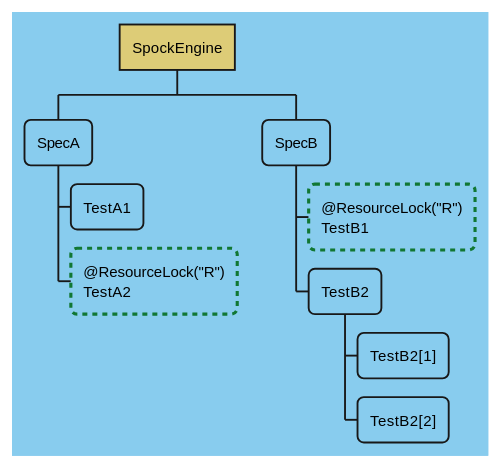
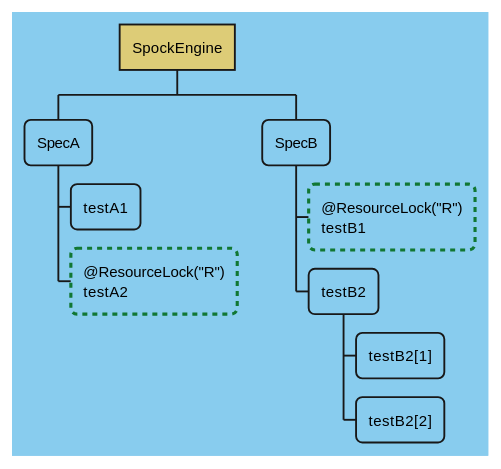
Before and after one commit to spockframework/spock: the ninth of 15 diagrams in docs/parallel_execution.adoc, drawn with PlantUML. The commit also changed other lines of this file, not shown here.

Commit message:
Rename upper case Test to test in parallel_execution.adoc

```diff
--- a/docs/parallel_execution.adoc
+++ b/docs/parallel_execution.adoc
@@ -416,33 +416,33 @@
 [plantuml,images/lock-contention-basics,svg]
 ....
 @startwbs
 <style>
 wbsDiagram {
   BackgroundColor #88CCEE
   RoundCorner 10
   node {
     :depth(0) {
       BackgroundColor #DDCC77
       RoundCorner 0
     }
   }
 
   .write_lock * {
       LineStyle 4
       LineThickness 2.5
       LineColor #117733
   }
 }
 </style>
 skinparam shadowing false
 * SpockEngine
 ** SpecA
-*** TestA1
-*** @ResourceLock("R")\nTestA2 <<write_lock>>
+*** testA1
+*** @ResourceLock("R")\ntestA2 <<write_lock>>
 ** SpecB
-*** @ResourceLock("R")\nTestB1 <<write_lock>>
-*** TestB2
-**** TestB2[1]
-**** TestB2[2]
+*** @ResourceLock("R")\ntestB1 <<write_lock>>
+*** testB2
+**** testB2[1]
+**** testB2[2]
 @endwbs
 ....
```
